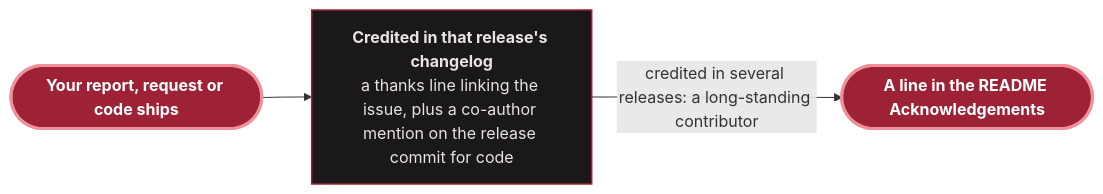
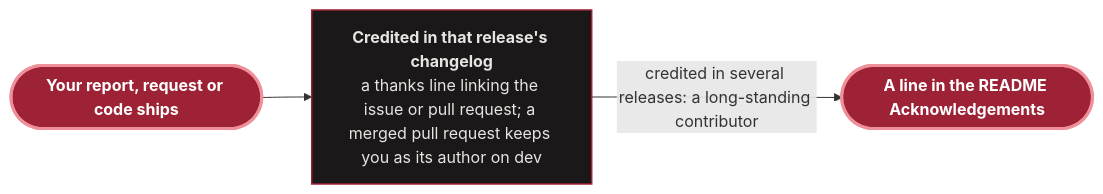
One commit to monbooru/monbooru changed the eighth of 8 diagrams in CONTRIBUTING.md. Above: the diagram before and after it, drawn with Mermaid. The commit also changed other lines of this file and 136 other files, not shown here.

````diff
--- a/CONTRIBUTING.md
+++ b/CONTRIBUTING.md
@@ -279,21 +299,21 @@
 ```mermaid
 ---
 config:
   layout: dagre
   flowchart:
     wrappingWidth: 220
 ---
 flowchart LR
     ship(["`**Your report, request or code ships**`"]) --> log["`**Credited in that release's changelog**
-    a thanks line linking the issue, plus a co-author mention on the release commit for code`"]
+    a thanks line linking the issue or pull request; a merged pull request keeps you as its author on dev`"]
     log -->|"credited in several releases: a long-standing contributor"| ack(["`**A line in the README Acknowledgements**`"])
 
     class ship,ack hub;
     class log step;
 
     classDef hub  fill:#9d2235,stroke:#ef8f99,stroke-width:3px,color:#ffffff;
     classDef case fill:#3a161c,stroke:#ef8f99,stroke-width:1.5px,color:#ffffff;
     classDef step fill:#1a1818,stroke:#9d2235,stroke-width:1.5px,color:#e8e4e2;
     classDef ask  fill:#1a1818,stroke:#a09898,stroke-width:1px,stroke-dasharray:4 3,color:#e8e4e2;
     classDef repo fill:#1a1818,stroke:#a09898,stroke-width:1px,color:#a09898;
 ```
````
